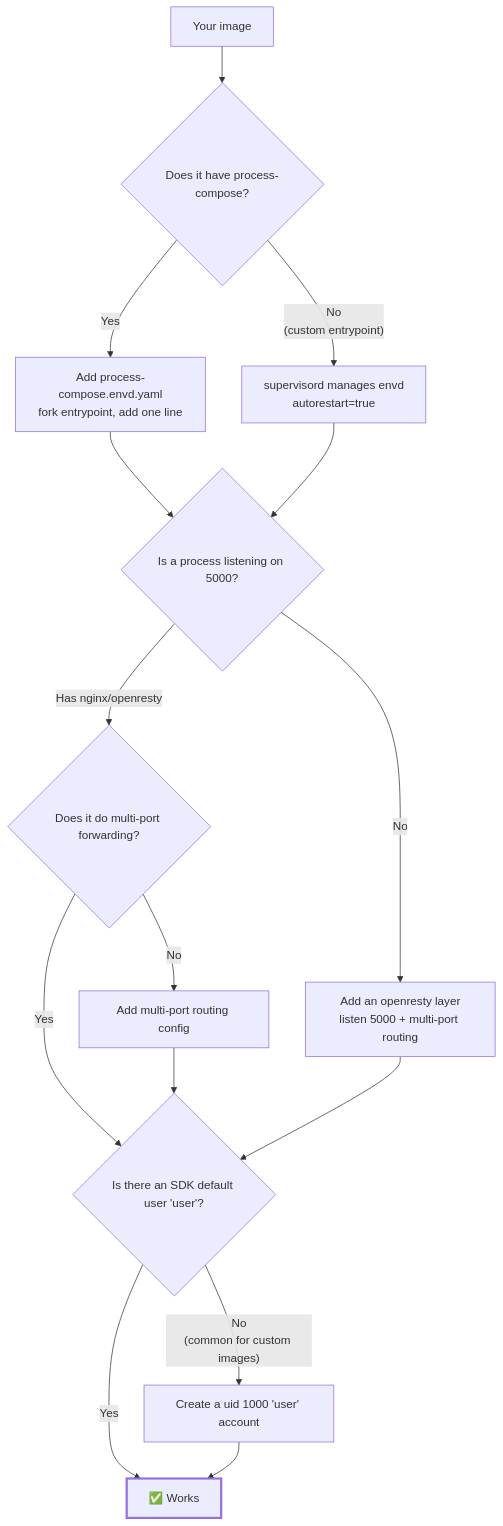
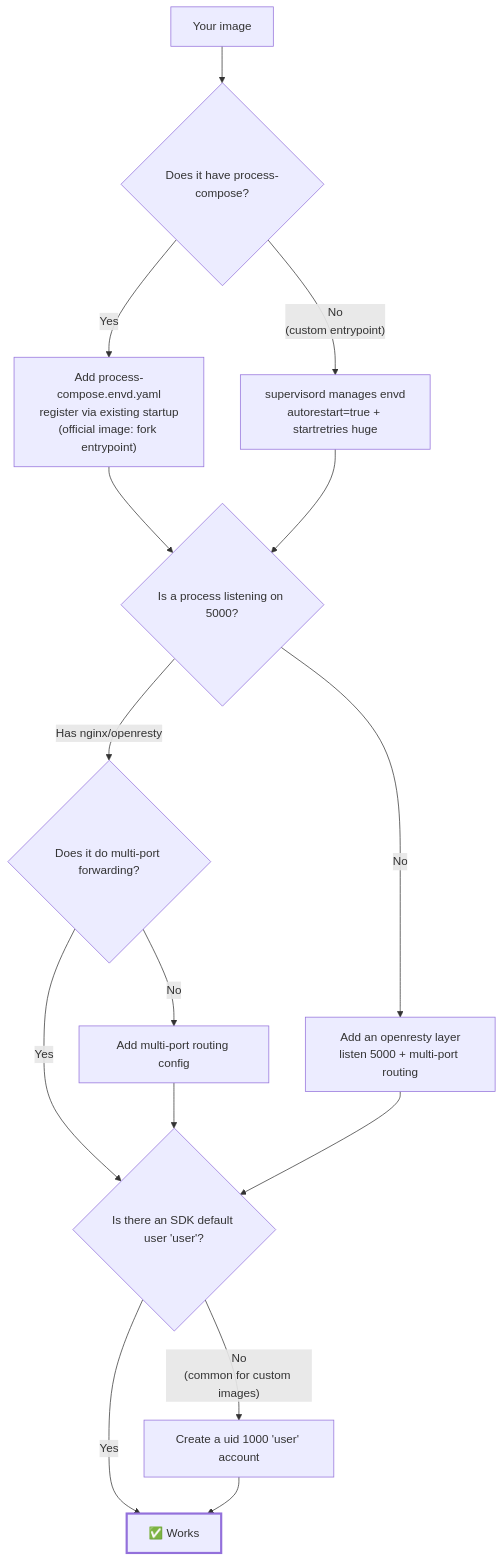
One commit to aliyun-fc/fc-docs changed the fifth of 5 diagrams in docs/en-US/01.FC Agent Sandbox/05.Best Practices/10.envd Integration Tutorial - Turn Your Own Image into an e2b Sandbox Template.md. Above: the diagram before and after it, drawn with Mermaid. The commit also changed other lines of this file and 1 other file, not shown here.

First line of the commit message:
docs: address review feedback on envd tutorial

````diff
--- a/docs/en-US/01.FC Agent Sandbox/05.Best Practices/10.envd Integration Tutorial - Turn Your Own Image into an e2b Sandbox Template.md
+++ b/docs/en-US/01.FC Agent Sandbox/05.Best Practices/10.envd Integration Tutorial - Turn Your Own Image into an e2b Sandbox Template.md
@@ -412,19 +414,19 @@
 ```mermaid
 flowchart TD
     A["Your image"] --> B{"Does it have process-compose?"}
-    B -->|Yes| B1["Add process-compose.envd.yaml<br/>fork entrypoint, add one line"]
-    B -->|"No<br/>(custom entrypoint)"| B2["supervisord manages envd<br/>autorestart=true"]
+    B -->|Yes| B1["Add process-compose.envd.yaml<br/>register via existing startup<br/>(official image: fork entrypoint)"]
+    B -->|"No<br/>(custom entrypoint)"| B2["supervisord manages envd<br/>autorestart=true + startretries huge"]
     B1 --> C{"Is a process listening on 5000?"}
     B2 --> C
     C -->|Has nginx/openresty| C1{"Does it do multi-port forwarding?"}
     C -->|"No"| C2["Add an openresty layer<br/>listen 5000 + multi-port routing"]
     C1 -->|Yes| D{"Is there an SDK default user 'user'?"}
     C1 -->|No| C3["Add multi-port routing config"]
     C2 --> D
     C3 --> D
     D -->|Yes| OK["✅ Works"]
     D -->|"No<br/>(common for custom images)"| D1["Create a uid 1000 'user' account"]
     D1 --> OK
 
     style OK stroke-width:3px
 ```
````
